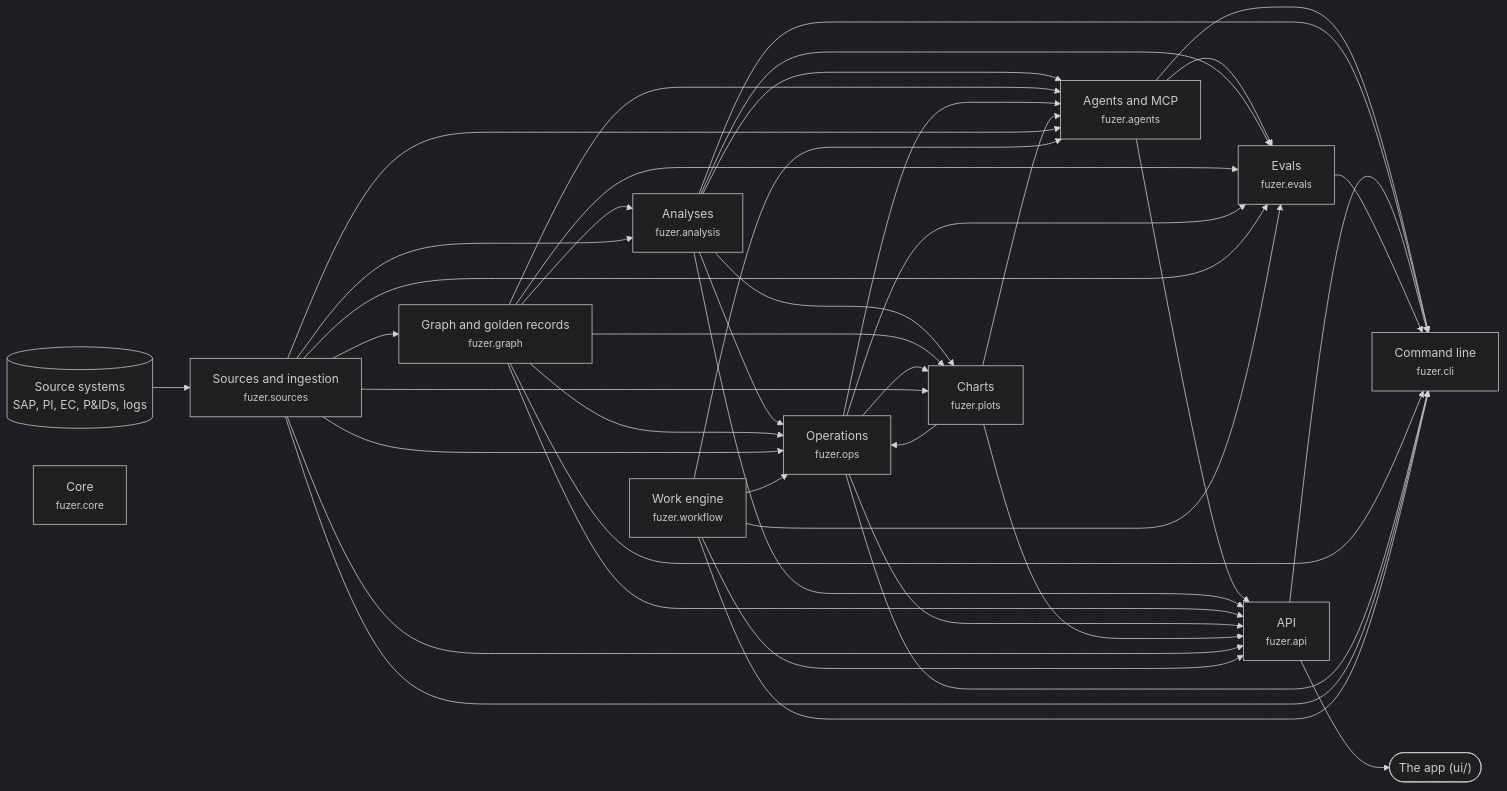
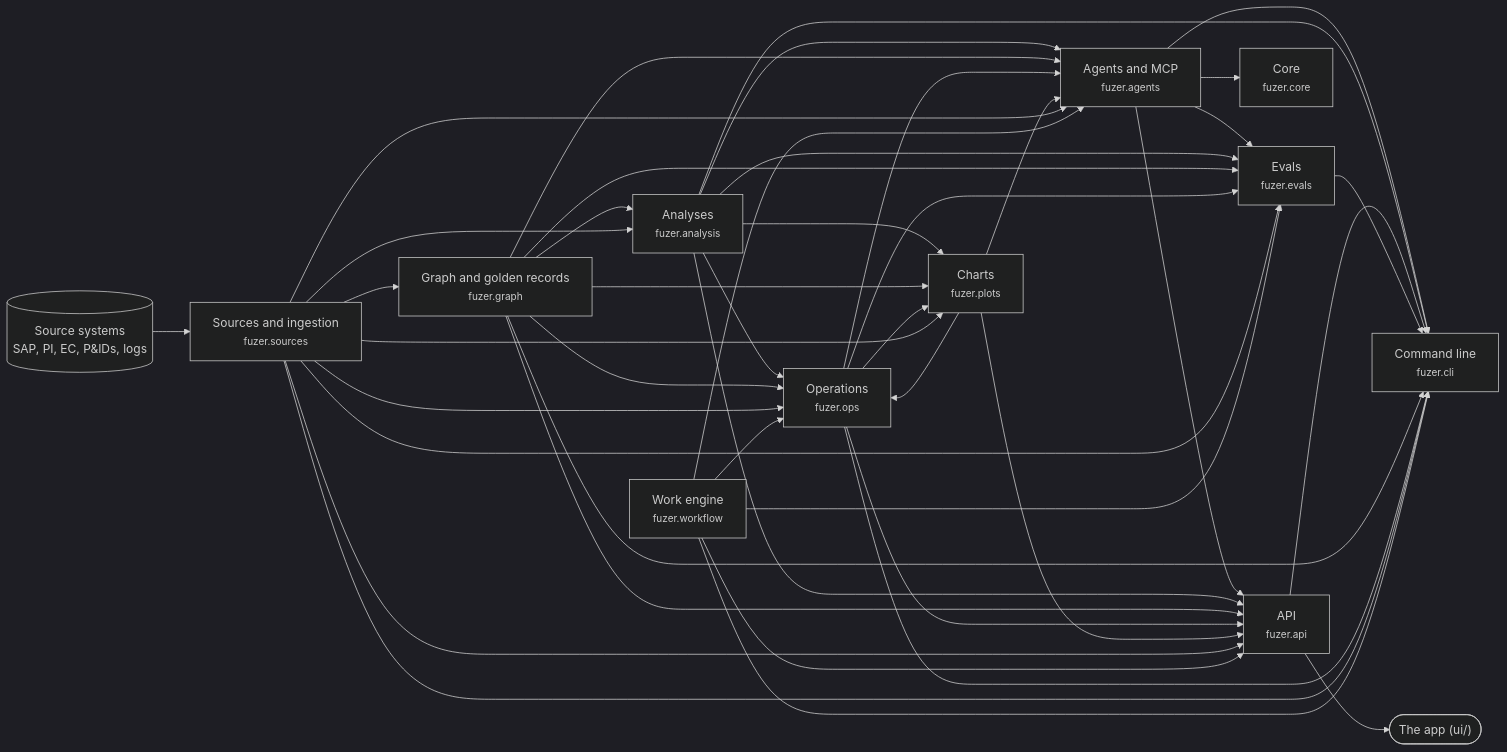
One commit to areed145/fuzer changed the first of 3 diagrams in docs/architecture.md. Above: the diagram before and after it, drawn with Mermaid (dark theme). The commit also changed other lines of this file and 12 other files, not shown here.

````diff
--- a/docs/architecture.md
+++ b/docs/architecture.md
@@ -8,67 +8,68 @@
 ```mermaid
 flowchart LR
   systems[("Source systems<br>SAP, PI, EC, P&IDs, logs")] --> c_sources
   app(["The app (ui/)"])
   c_api --> app
   c_sources["Sources and ingestion<br><small>fuzer.sources</small>"]
   c_graph["Graph and golden records<br><small>fuzer.graph</small>"]
   c_analysis["Analyses<br><small>fuzer.analysis</small>"]
   c_ops["Operations<br><small>fuzer.ops</small>"]
   c_plots["Charts<br><small>fuzer.plots</small>"]
   c_workflow["Work engine<br><small>fuzer.workflow</small>"]
   c_agents["Agents and MCP<br><small>fuzer.agents</small>"]
   c_evals["Evals<br><small>fuzer.evals</small>"]
   c_api["API<br><small>fuzer.api</small>"]
   c_cli["Command line<br><small>fuzer.cli</small>"]
   c_core["Core<br><small>fuzer.core</small>"]
   c_sources --> c_graph
   c_graph --> c_analysis
   c_sources --> c_analysis
   c_analysis --> c_ops
   c_graph --> c_ops
   c_plots --> c_ops
   c_sources --> c_ops
   c_workflow --> c_ops
   c_analysis --> c_plots
   c_graph --> c_plots
   c_ops --> c_plots
   c_sources --> c_plots
   c_analysis --> c_agents
   c_graph --> c_agents
   c_ops --> c_agents
   c_plots --> c_agents
   c_sources --> c_agents
   c_workflow --> c_agents
   c_agents --> c_evals
   c_analysis --> c_evals
   c_graph --> c_evals
   c_ops --> c_evals
   c_sources --> c_evals
   c_workflow --> c_evals
   c_agents --> c_api
   c_analysis --> c_api
   c_graph --> c_api
   c_ops --> c_api
   c_plots --> c_api
   c_sources --> c_api
   c_workflow --> c_api
   c_agents --> c_cli
   c_analysis --> c_cli
   c_api --> c_cli
   c_evals --> c_cli
   c_graph --> c_cli
   c_ops --> c_cli
   c_sources --> c_cli
   c_workflow --> c_cli
+  c_agents --> c_core
   click c_sources "https://github.com/areed145/fuzer/tree/main/src/fuzer/sources"
   click c_graph "https://github.com/areed145/fuzer/tree/main/src/fuzer/graph"
   click c_analysis "https://github.com/areed145/fuzer/tree/main/src/fuzer/analysis"
   click c_ops "https://github.com/areed145/fuzer/tree/main/src/fuzer/ops"
   click c_plots "https://github.com/areed145/fuzer/tree/main/src/fuzer/plots"
   click c_workflow "https://github.com/areed145/fuzer/tree/main/src/fuzer/workflow"
   click c_agents "https://github.com/areed145/fuzer/tree/main/src/fuzer/agents"
   click c_evals "https://github.com/areed145/fuzer/tree/main/src/fuzer/evals"
   click c_api "https://github.com/areed145/fuzer/tree/main/src/fuzer/api"
   click c_cli "https://github.com/areed145/fuzer/tree/main/src/fuzer/cli"
   click c_core "https://github.com/areed145/fuzer/tree/main/src/fuzer/core"
 ```
````
